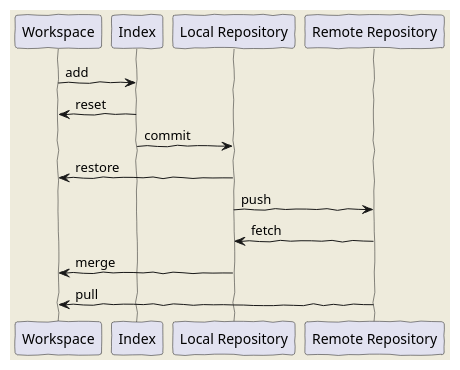
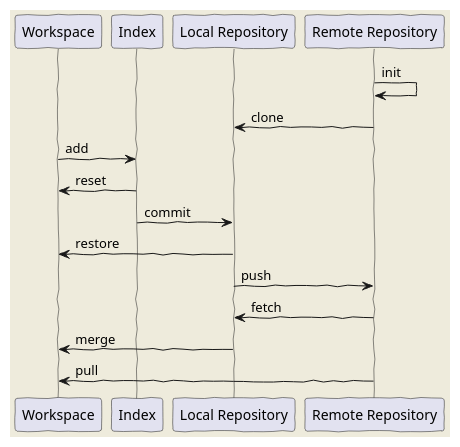
Before and after one commit to braboj/tutorial-git: the diagram in assets/git_dataflow_diagram.puml, drawn with PlantUML. The commit also changed 8 other files, not shown here.

Commit message:
Update of the git diagrams

```diff
--- a/assets/git_dataflow_diagram.puml
+++ b/assets/git_dataflow_diagram.puml
@@ -1,20 +1,22 @@
 @startuml
 skinparam lifelineStrategy solid
 skinparam backgroundColor #EEEBDC
 skinparam handwritten true
 
 participant Workspace
 participant Index
 participant "Local Repository" as Local
 participant "Remote Repository" as Remote
 
+Remote -> Remote    : init
+Remote -> Local     : clone
 Workspace -> Index  : add
 Index -> Workspace  : reset
 Index -> Local      : commit
 Local -> Workspace  : restore
 Local -> Remote     : push
 Remote -> Local     : fetch
 Local -> Workspace  : merge
 Remote -> Workspace : pull
 
 @enduml
```
